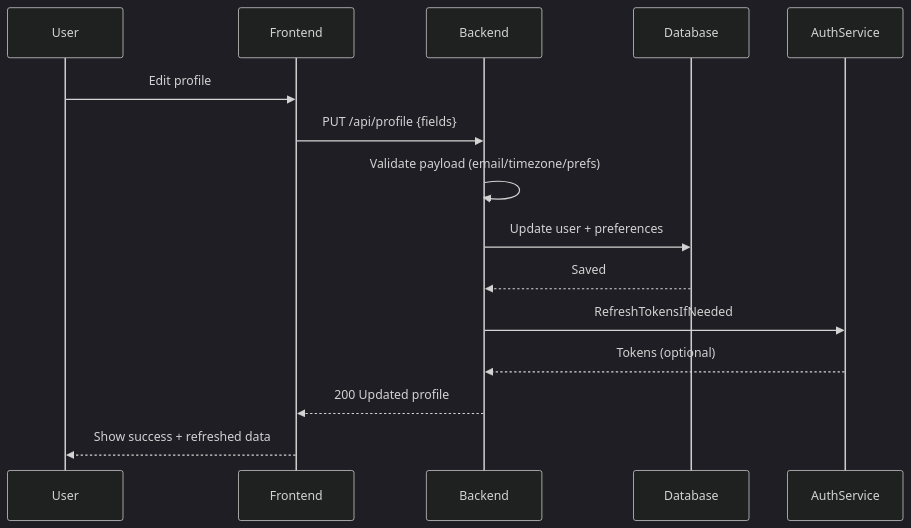
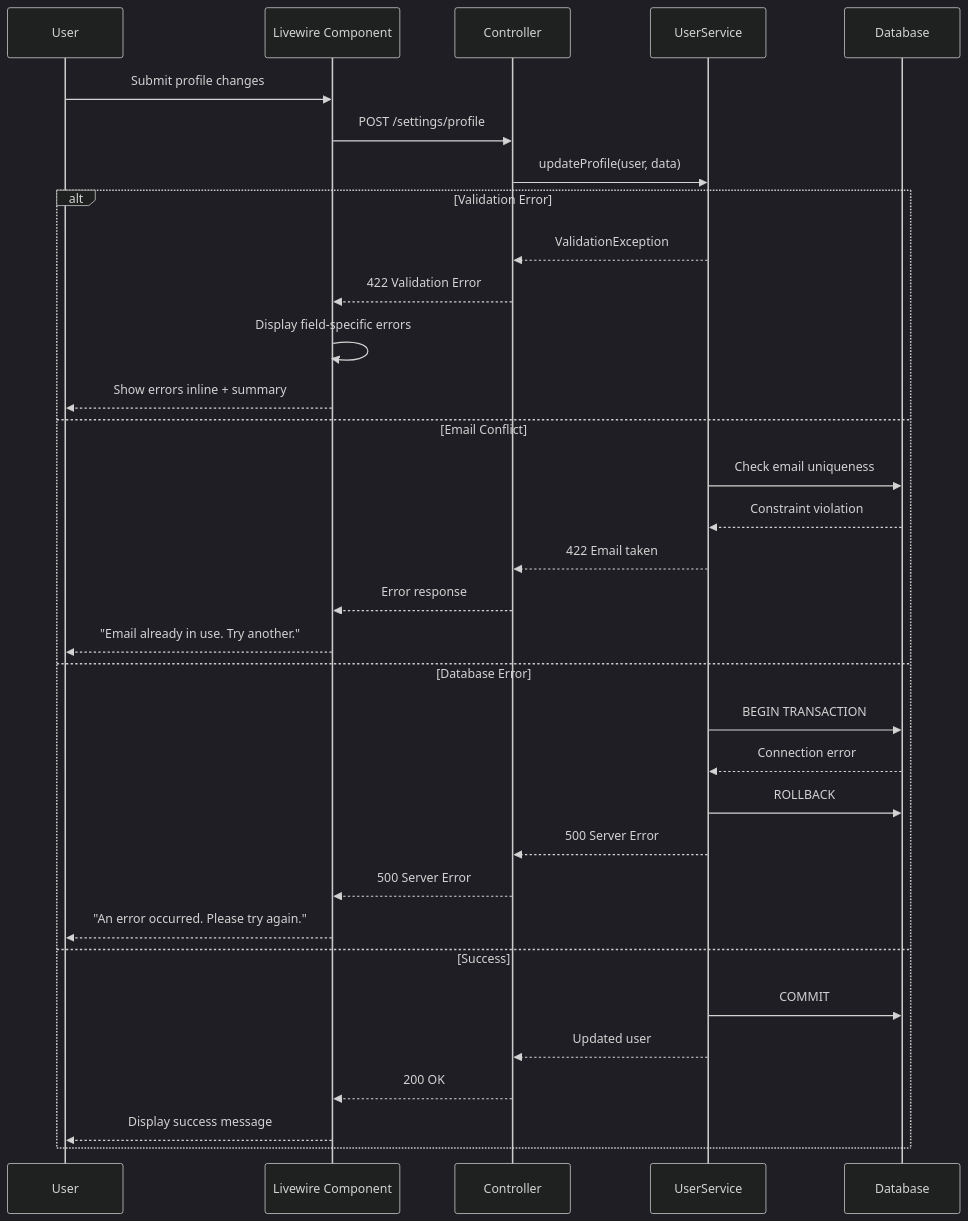
One commit to exatfrds67/umamusume-career-planner changed the second of 2 diagrams in docs/01-sequences/SEQ-009_User_Profile_Update.md. Above: the diagram before and after it, drawn with Mermaid (dark theme). The commit also changed other lines of this file and 67 other files, not shown here.

````diff
--- a/docs/01-sequences/SEQ-009_User_Profile_Update.md
+++ b/docs/01-sequences/SEQ-009_User_Profile_Update.md
@@ -27,18 +607,37 @@
 ```mermaid
 sequenceDiagram
-    participant U as User
-    participant UI as Frontend
-    participant API as Backend
+    participant User
+    participant UI as Livewire Component
+    participant Controller
+    participant Service as UserService
     participant DB as Database
-    participant AUTH as AuthService
 
-    U->>UI: Edit profile
-    UI->>API: PUT /api/profile {fields}
-    API->>API: Validate payload (email/timezone/prefs)
-    API->>DB: Update user + preferences
-    DB-->>API: Saved
-    API->>AUTH: RefreshTokensIfNeeded
-    AUTH-->>API: Tokens (optional)
-    API-->>UI: 200 Updated profile
-    UI-->>U: Show success + refreshed data
+    User->>UI: Submit profile changes
+    UI->>Controller: POST /settings/profile
+    Controller->>Service: updateProfile(user, data)
+    
+    alt Validation Error
+        Service-->>Controller: ValidationException
+        Controller-->>UI: 422 Validation Error
+        UI->>UI: Display field-specific errors
+        UI-->>User: Show errors inline + summary
+    else Email Conflict
+        Service->>DB: Check email uniqueness
+        DB-->>Service: Constraint violation
+        Service-->>Controller: 422 Email taken
+        Controller-->>UI: Error response
+        UI-->>User: "Email already in use. Try another."
+    else Database Error
+        Service->>DB: BEGIN TRANSACTION
+        DB-->>Service: Connection error
+        Service->>DB: ROLLBACK
+        Service-->>Controller: 500 Server Error
+        Controller-->>UI: 500 Server Error
+        UI-->>User: "An error occurred. Please try again."
+    else Success
+        Service->>DB: COMMIT
+        Service-->>Controller: Updated user
+        Controller-->>UI: 200 OK
+        UI-->>User: Display success message
+    end
 ```
````
